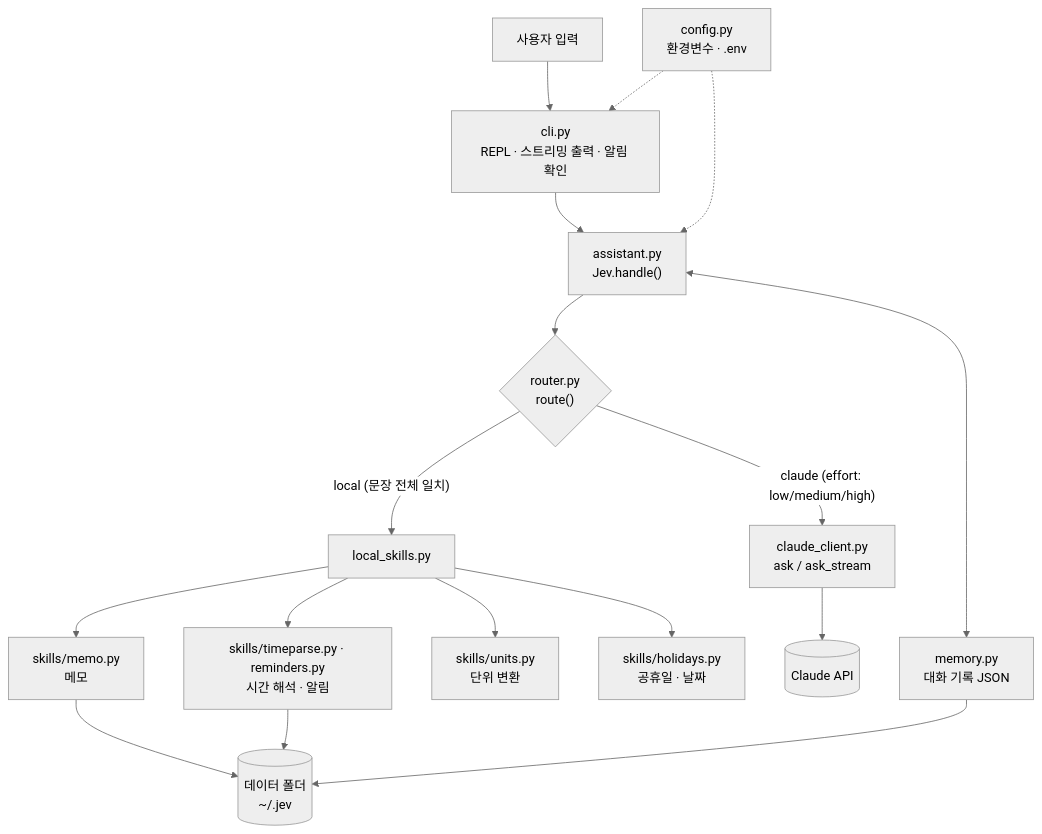
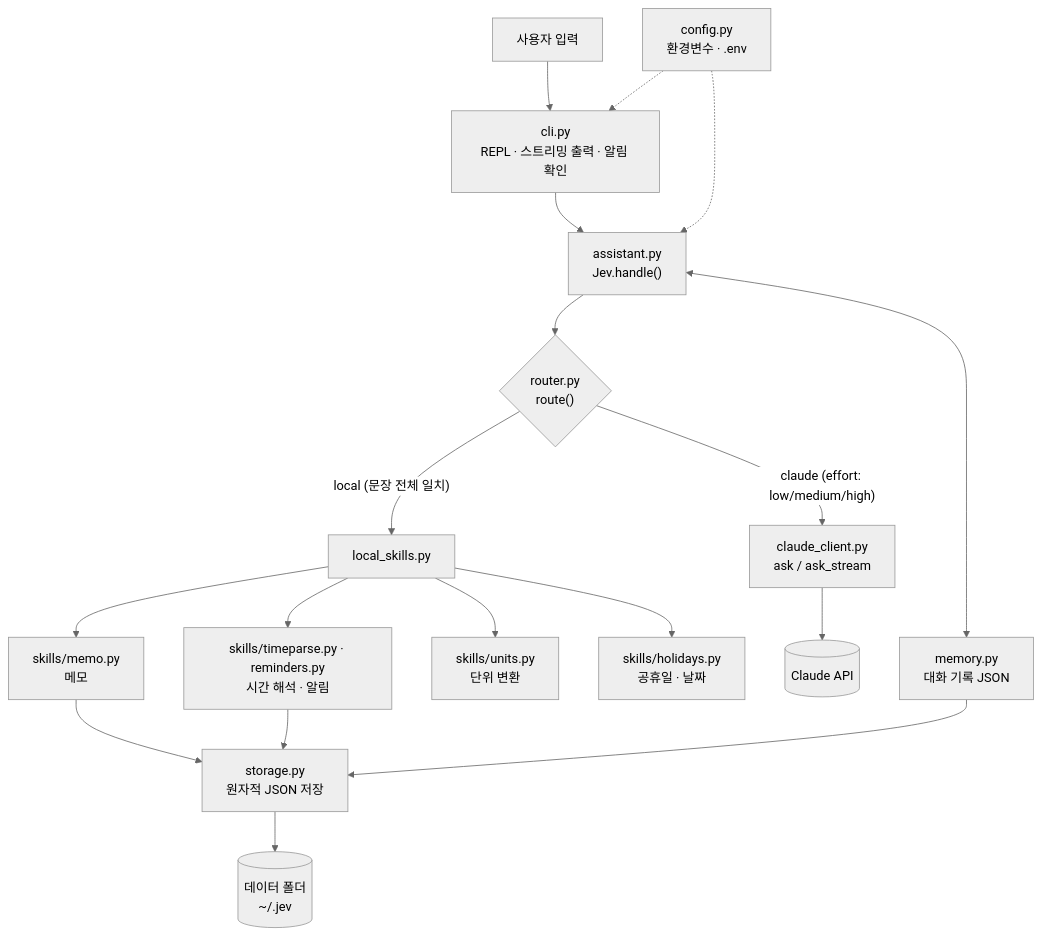
One commit to wotmdwlq33-a11y/ai-agent changed the diagram in README.md. Above: the diagram before and after it, drawn with Mermaid (neutral theme). The commit also changed other lines of this file and 15 other files, not shown here.

````diff
--- a/README.md
+++ b/README.md
@@ -9,17 +9,18 @@
 ```mermaid
 flowchart TD
     U[사용자 입력] --> CLI["cli.py<br/>REPL · 스트리밍 출력 · 알림 확인"]
     CLI --> J["assistant.py<br/>Jev.handle()"]
     J --> R{"router.py<br/>route()"}
     R -- "local (문장 전체 일치)" --> L["local_skills.py"]
     L --> S1["skills/memo.py<br/>메모"]
     L --> S2["skills/timeparse.py · reminders.py<br/>시간 해석 · 알림"]
     L --> S3["skills/units.py<br/>단위 변환"]
     L --> S4["skills/holidays.py<br/>공휴일 · 날짜"]
     R -- "claude (effort: low/medium/high)" --> C["claude_client.py<br/>ask / ask_stream"]
     C --> API[(Claude API)]
     J <--> M["memory.py<br/>대화 기록 JSON"]
     CFG["config.py<br/>환경변수 · .env"] -.-> CLI
     CFG -.-> J
-    S1 & S2 & M --> D[("데이터 폴더<br/>~/.jev")]
+    S1 & S2 & M --> ST["storage.py<br/>원자적 JSON 저장"]
+    ST --> D[("데이터 폴더<br/>~/.jev")]
 ```
````
